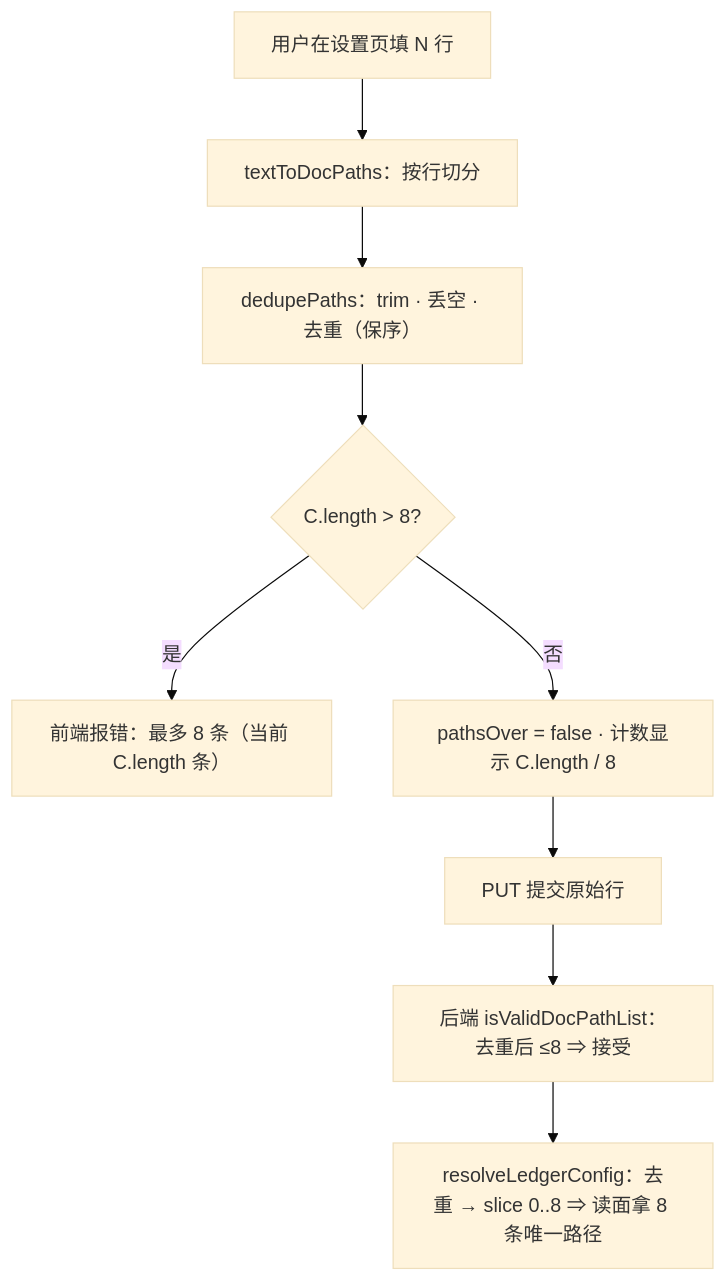
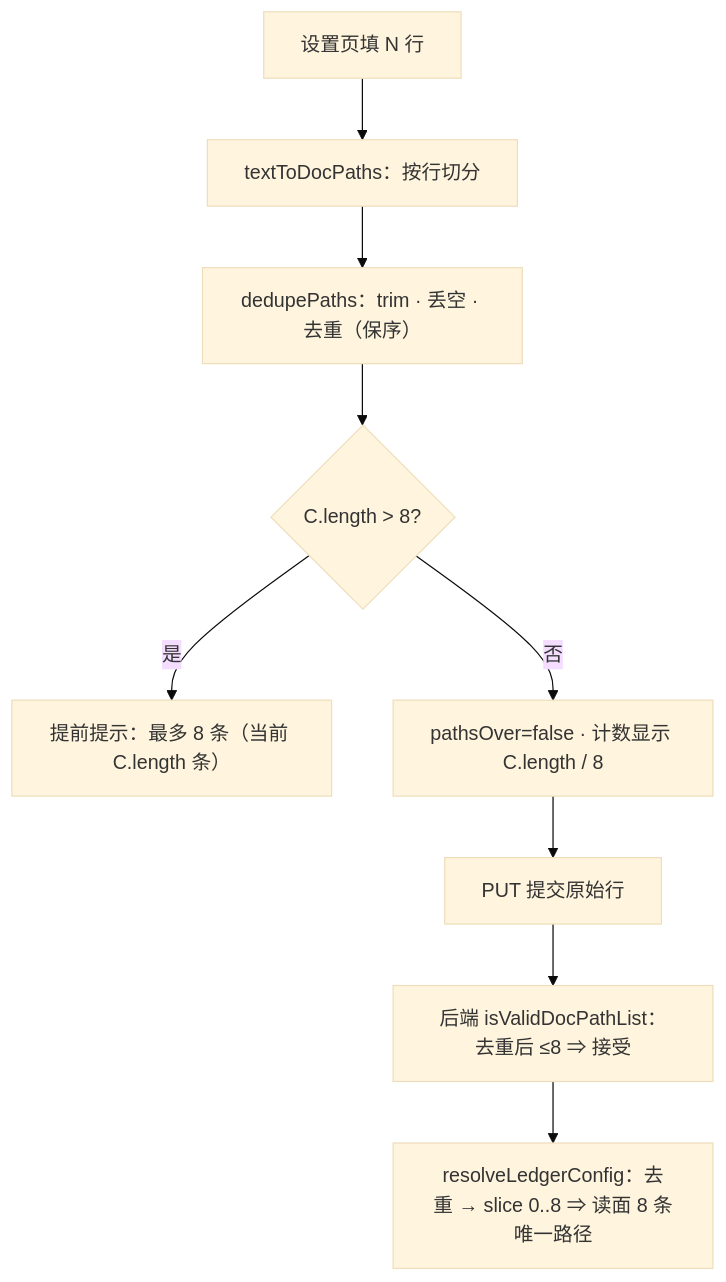
Before and after one commit to shenhuanageshei/dsh-thincoder-suite: the diagram in docs/2026-10-19-t8-docpaths-mirror-design.md, drawn with Mermaid (base theme). The commit also changed other lines of this file, not shown here.

````diff
--- a/docs/2026-10-19-t8-docpaths-mirror-design.md
+++ b/docs/2026-10-19-t8-docpaths-mirror-design.md
@@ -84,11 +103,11 @@
 ```mermaid
 flowchart TD
-  A[用户在设置页填 N 行] --> B[textToDocPaths：按行切分]
-  B --> C[dedupePaths：trim · 丢空 · 去重（保序）]
-  C --> D{C.length > 8?}
-  D -- 是 --> E[前端报错：最多 8 条（当前 C.length 条）]
-  D -- 否 --> F[pathsOver = false · 计数显示 C.length / 8]
-  F --> G[PUT 提交原始行]
-  G --> H[后端 isValidDocPathList：去重后 ≤8 ⇒ 接受]
-  H --> I[resolveLedgerConfig：去重 → slice 0..8 ⇒ 读面拿 8 条唯一路径]
+  A["设置页填 N 行"] --> B["textToDocPaths：按行切分"]
+  B --> C["dedupePaths：trim · 丢空 · 去重（保序）"]
+  C --> D{"C.length > 8?"}
+  D -- 是 --> E["提前提示：最多 8 条（当前 C.length 条）"]
+  D -- 否 --> F["pathsOver=false · 计数显示 C.length / 8"]
+  F --> G["PUT 提交原始行"]
+  G --> H["后端 isValidDocPathList：去重后 ≤8 ⇒ 接受"]
+  H --> I["resolveLedgerConfig：去重 → slice 0..8 ⇒ 读面 8 条唯一路径"]
 ```
````
